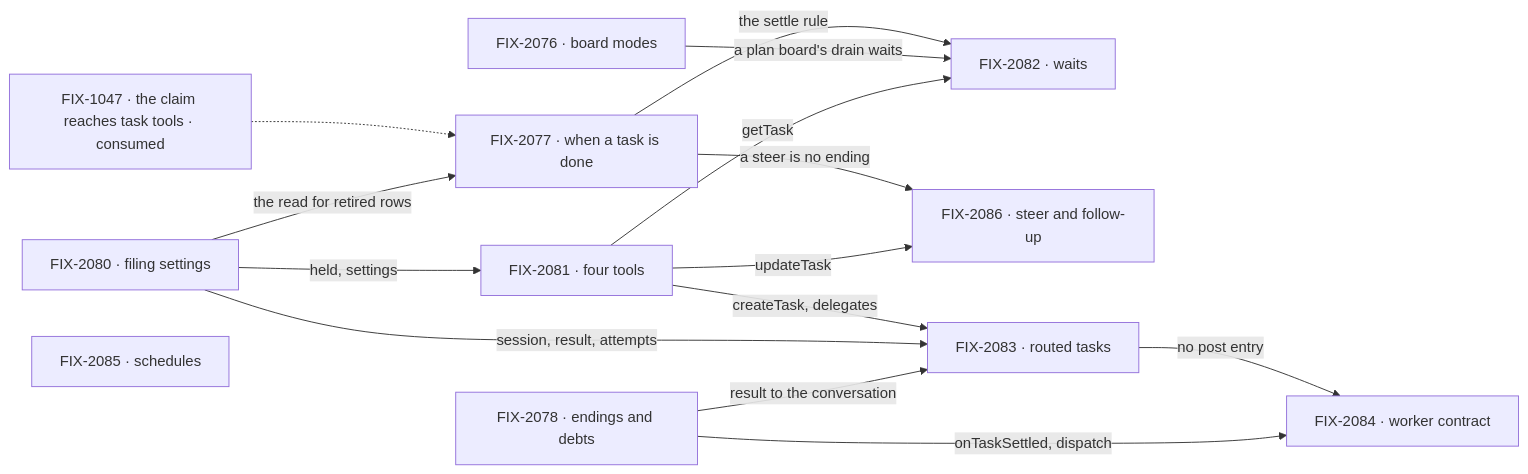
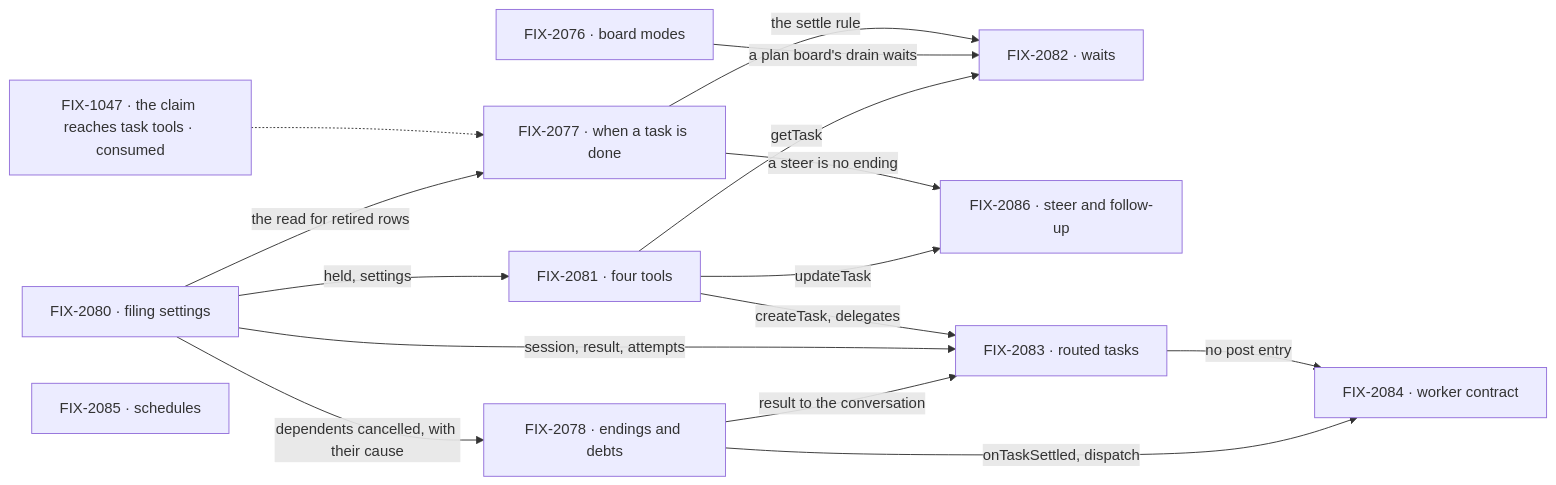
One commit to fixpoint-labs/flow-state-dev changed the second of 2 diagrams in specs/epics/FIX-2056/SPEC.md. Above: the diagram before and after it, drawn with Mermaid. The commit also changed other lines of this file and 5 other files, not shown here.

````diff
--- a/specs/epics/FIX-2056/SPEC.md
+++ b/specs/epics/FIX-2056/SPEC.md
@@ -89,17 +89,18 @@
 ```mermaid
 flowchart LR
   I["FIX-1047 · the claim reaches task tools · consumed"] -.-> B
   L["FIX-2080 · filing settings"] -->|"the read for retired rows"| B["FIX-2077 · when a task is done"]
   B -->|"the settle rule"| W["FIX-2082 · waits"]
   B -->|"a steer is no ending"| S["FIX-2086 · steer and follow-up"]
   M["FIX-2076 · board modes"] -->|"a plan board's drain waits"| W
   L -->|"held, settings"| T["FIX-2081 · four tools"]
   T -->|"getTask"| W
   T -->|"updateTask"| S
   T -->|"createTask, delegates"| R["FIX-2083 · routed tasks"]
   L -->|"session, result, attempts"| R
-  E["FIX-2078 · endings and debts"] -->|"result to the conversation"| R
+  L -->|"dependents cancelled, with their cause"| E["FIX-2078 · endings and debts"]
+  E -->|"result to the conversation"| R
   R -->|"no post entry"| K["FIX-2084 · worker contract"]
   E -->|"onTaskSettled, dispatch"| K
   H["FIX-2085 · schedules"]
 ```
````
